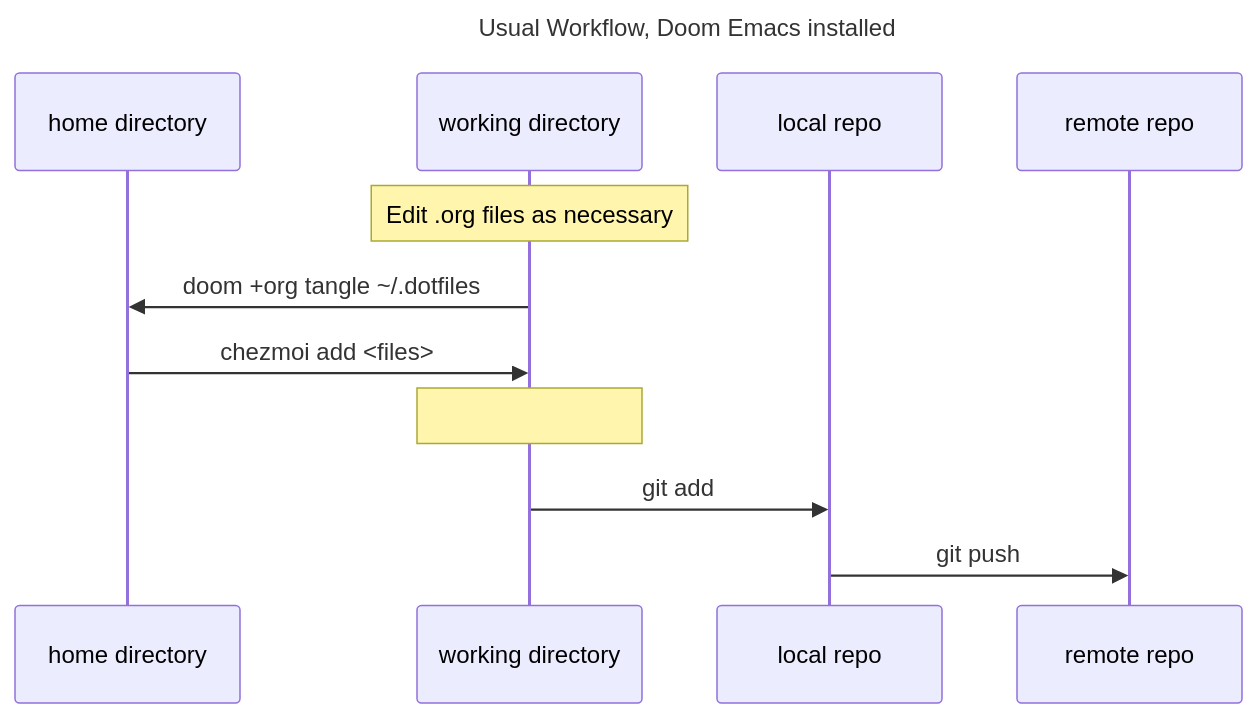
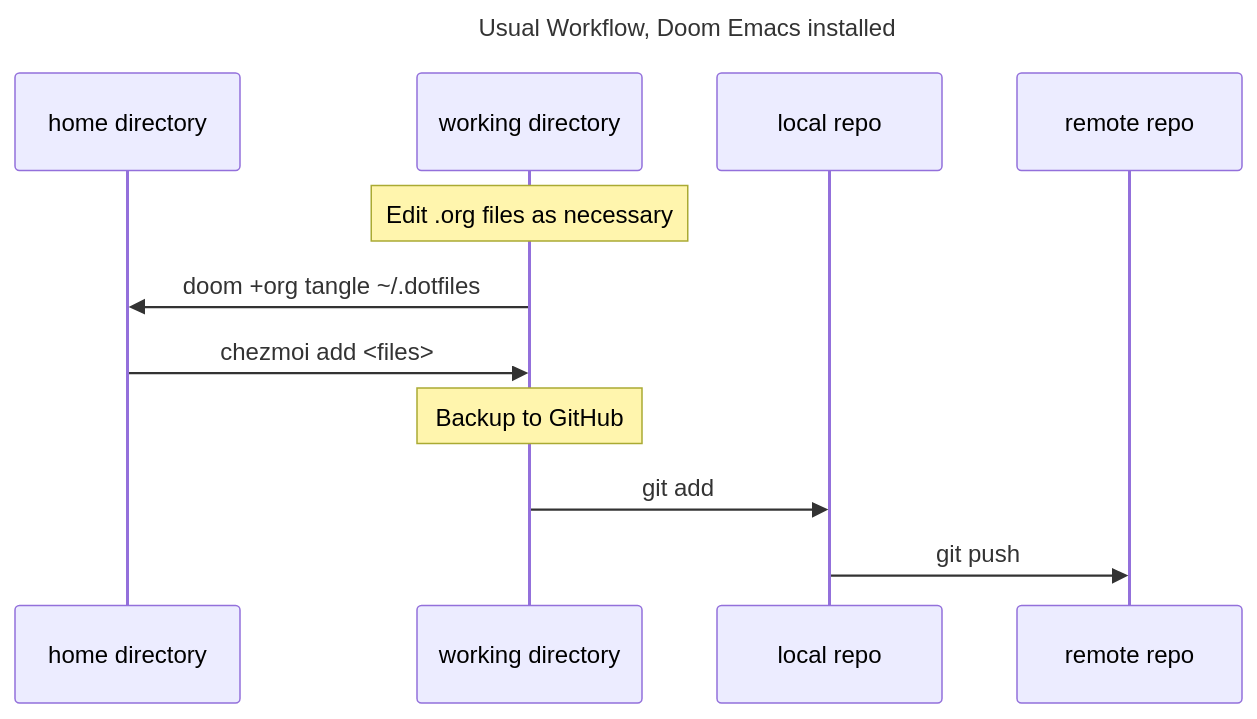
One commit to weavermarquez/dotfiles changed the diagram in README.org. Above: the diagram before and after it, drawn with Mermaid. The commit also changed other lines of this file and 1 other file, not shown here.

Commit message:
Move tasks to chezmoi.org, fix mermaid diagram

```diff
--- a/README.org
+++ b/README.org
@@ -51,21 +51,21 @@
 #+begin_src mermaid
 ---
 title: Usual Workflow, Doom Emacs installed
 config:
   theme: default
 ---
 
 sequenceDiagram
     Participant home as home directory
     Participant source as working directory
     Participant local as local repo
     Participant remote as remote repo
 
     note over source: Edit .org files as necessary
     source ->> home: doom +org tangle ~/.dotfiles
     home ->> source: chezmoi add <files>
 
-    note over source:
+    note over source: Backup to GitHub
     source ->> local: git add
     local ->> remote: git push
 #+end_src
```
